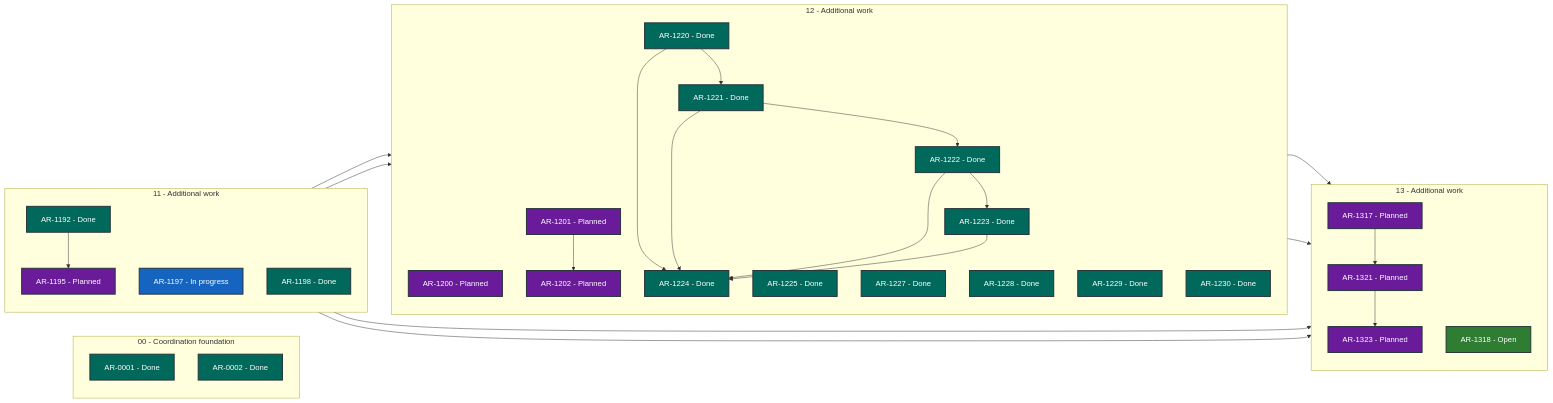
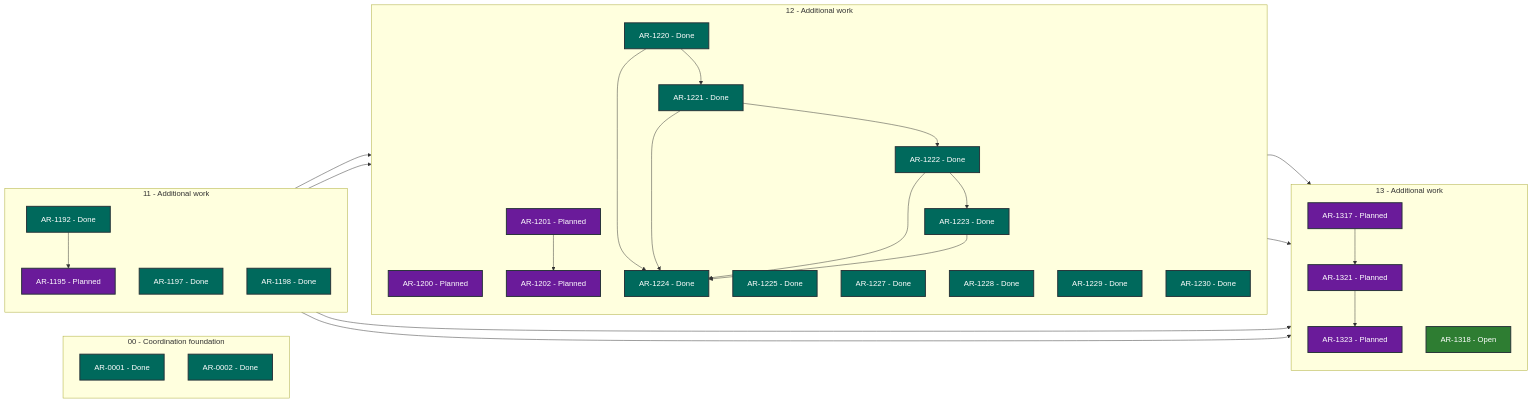
The diagram in STATUS.md (martin-beck/asb-tui-state), drawn with Mermaid before and after one commit. The commit also changed other lines of this file and 2 other files, not shown here.

````diff
--- a/STATUS.md
+++ b/STATUS.md
@@ -27,63 +27,63 @@
 ```mermaid
 flowchart LR
     subgraph series_00["00 - Coordination foundation"]
         direction TB
         AR_0001["AR-0001 - Done"]:::status_done
         AR_0002["AR-0002 - Done"]:::status_done
     end
     subgraph series_11["11 - Additional work"]
         direction TB
         AR_1192["AR-1192 - Done"]:::status_done
         AR_1195["AR-1195 - Planned"]:::status_planned
-        AR_1197["AR-1197 - In progress"]:::status_in_progress
+        AR_1197["AR-1197 - Done"]:::status_done
         AR_1198["AR-1198 - Done"]:::status_done
     end
     subgraph series_12["12 - Additional work"]
         direction TB
         AR_1200["AR-1200 - Planned"]:::status_planned
         AR_1201["AR-1201 - Planned"]:::status_planned
         AR_1202["AR-1202 - Planned"]:::status_planned
         AR_1220["AR-1220 - Done"]:::status_done
         AR_1221["AR-1221 - Done"]:::status_done
         AR_1222["AR-1222 - Done"]:::status_done
         AR_1223["AR-1223 - Done"]:::status_done
         AR_1224["AR-1224 - Done"]:::status_done
         AR_1225["AR-1225 - Done"]:::status_done
         AR_1227["AR-1227 - Done"]:::status_done
         AR_1228["AR-1228 - Done"]:::status_done
         AR_1229["AR-1229 - Done"]:::status_done
         AR_1230["AR-1230 - Done"]:::status_done
     end
     subgraph series_13["13 - Additional work"]
         direction TB
         AR_1317["AR-1317 - Planned"]:::status_planned
         AR_1318["AR-1318 - Open"]:::status_open
         AR_1321["AR-1321 - Planned"]:::status_planned
         AR_1323["AR-1323 - Planned"]:::status_planned
     end
     AR_1192 --> AR_1195
     AR_1192 --> AR_1317
     AR_1195 --> AR_1200
     AR_1197 --> AR_1201
     AR_1197 --> AR_1317
     AR_1201 --> AR_1202
     AR_1220 --> AR_1221
     AR_1220 --> AR_1224
     AR_1221 --> AR_1222
     AR_1221 --> AR_1224
     AR_1222 --> AR_1223
     AR_1222 --> AR_1224
     AR_1223 --> AR_1224
     AR_1228 --> AR_1317
     AR_1229 --> AR_1317
     AR_1317 --> AR_1321
     AR_1321 --> AR_1323
     classDef status_in_progress fill:#1565c0,color:#ffffff,stroke:#263238,stroke-width:2px
     classDef status_open fill:#2e7d32,color:#ffffff,stroke:#263238,stroke-width:2px
     classDef status_blocked fill:#c62828,color:#ffffff,stroke:#263238,stroke-width:2px
     classDef status_planned fill:#6a1b9a,color:#ffffff,stroke:#263238,stroke-width:2px
     classDef status_future fill:#455a64,color:#ffffff,stroke:#263238,stroke-width:2px
     classDef status_done fill:#00695c,color:#ffffff,stroke:#263238,stroke-width:2px
     classDef status_cancelled fill:#616161,color:#ffffff,stroke:#263238,stroke-width:2px
     classDef status_superseded fill:#5d4037,color:#ffffff,stroke:#263238,stroke-width:2px
 ```
````
